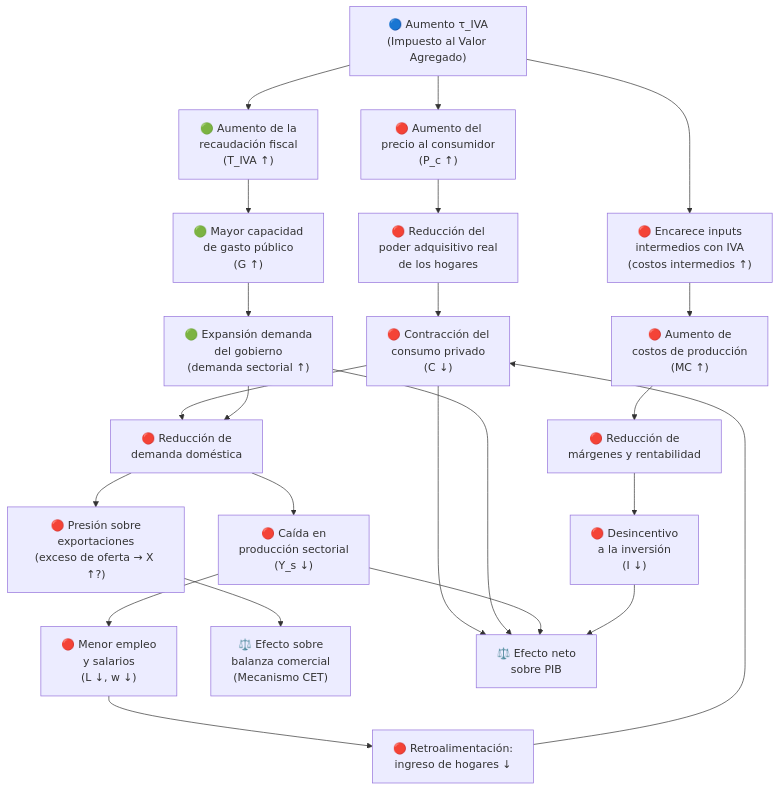
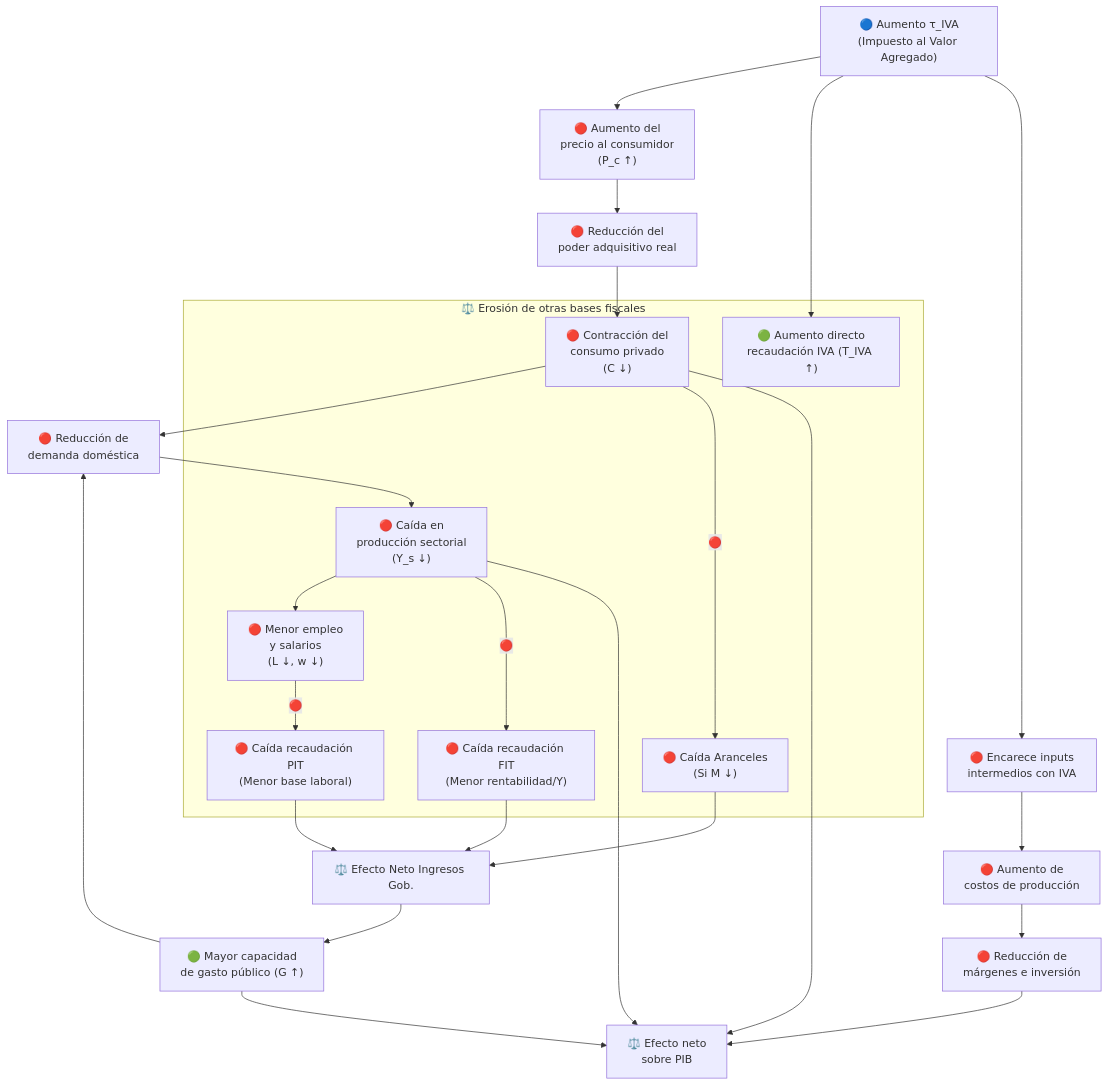
The second of 3 diagrams in documentacion/esquemas_transmision_politicas.md (fcohenriquez/eq_general), drawn with Mermaid before and after one commit. The commit also changed other lines of this file and 4 other files, not shown here.

````diff
--- a/documentacion/esquemas_transmision_politicas.md
+++ b/documentacion/esquemas_transmision_politicas.md
@@ -73,33 +80,32 @@
 ```mermaid
 flowchart TD
     A["🔵 Aumento τ_IVA\n(Impuesto al Valor Agregado)"]
 
     A --> B["🔴 Aumento del\nprecio al consumidor\n(P_c ↑)"]
-    B --> C["🔴 Reducción del\npoder adquisitivo real\nde los hogares"]
+    B --> C["🔴 Reducción del\npoder adquisitivo real"]
     C --> D["🔴 Contracción del\nconsumo privado\n(C ↓)"]
 
-    A --> E["🟢 Aumento de la\nrecaudación fiscal\n(T_IVA ↑)"]
-    E --> F["🟢 Mayor capacidad\nde gasto público\n(G ↑)"]
-    F --> G["🟢 Expansión demanda\ndel gobierno\n(demanda sectorial ↑)"]
+    A --> E["🟢 Aumento directo\nrecaudación IVA (T_IVA ↑)"]
 
     D --> H["🔴 Reducción de\ndemanda doméstica"]
-    G --> H
-
     H --> I["🔴 Caída en\nproducción sectorial\n(Y_s ↓)"]
     I --> J["🔴 Menor empleo\ny salarios\n(L ↓, w ↓)"]
-    J --> K["🔴 Retroalimentación:\ningreso de hogares ↓"]
-    K --> D
 
-    H --> L["🔴 Presión sobre\nexportaciones\n(exceso de oferta → X ↑?)"]
-    L --> M["⚖️ Efecto sobre\nbalanza comercial\n(Mecanismo CET)"]
+    subgraph Recaudacion["⚖️ Erosión de otras bases fiscales"]
+        E
+        J -- "🔴" --> T_PIT["🔴 Caída recaudación PIT\n(Menor base laboral)"]
+        I -- "🔴" --> T_FIT["🔴 Caída recaudación FIT\n(Menor rentabilidad/Y)"]
+        D -- "🔴" --> T_TAR["🔴 Caída Aranceles\n(Si M ↓)"]
+    end
 
-    A --> N["🔴 Encarece inputs\nintermedios con IVA\n(costos intermedios ↑)"]
-    N --> O["🔴 Aumento de\ncostos de producción\n(MC ↑)"]
-    O --> P["🔴 Reducción de\nmárgenes y rentabilidad"]
-    P --> Q["🔴 Desincentivo\na la inversión\n(I ↓)"]
+    T_PIT & T_FIT & T_TAR --> F["⚖️ Efecto Neto Ingresos Gob."]
+    F --> G["🟢 Mayor capacidad\nde gasto público (G ↑)"]
 
-    D --> R["⚖️ Efecto neto\nsobre PIB"]
-    G --> R
-    I --> R
-    Q --> R
+    G --> H
+    
+    A --> N["🔴 Encarece inputs\nintermedios con IVA"]
+    N --> O["🔴 Aumento de\ncostos de producción"]
+    O --> P["🔴 Reducción de\nmárgenes e inversión"]
+
+    D & G & I & P --> R["⚖️ Efecto neto\nsobre PIB"]
 ```
````
